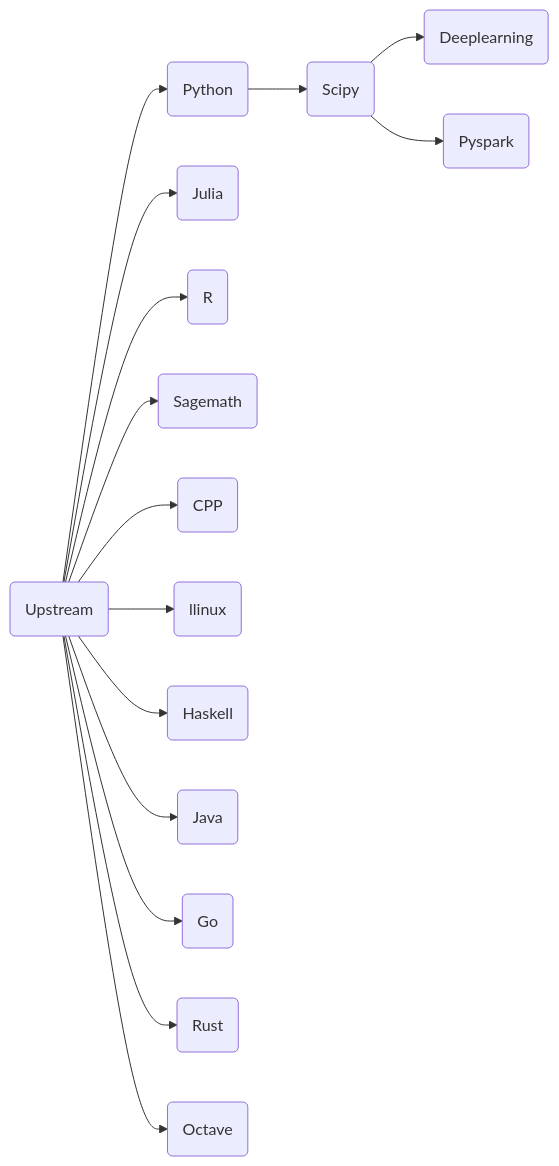
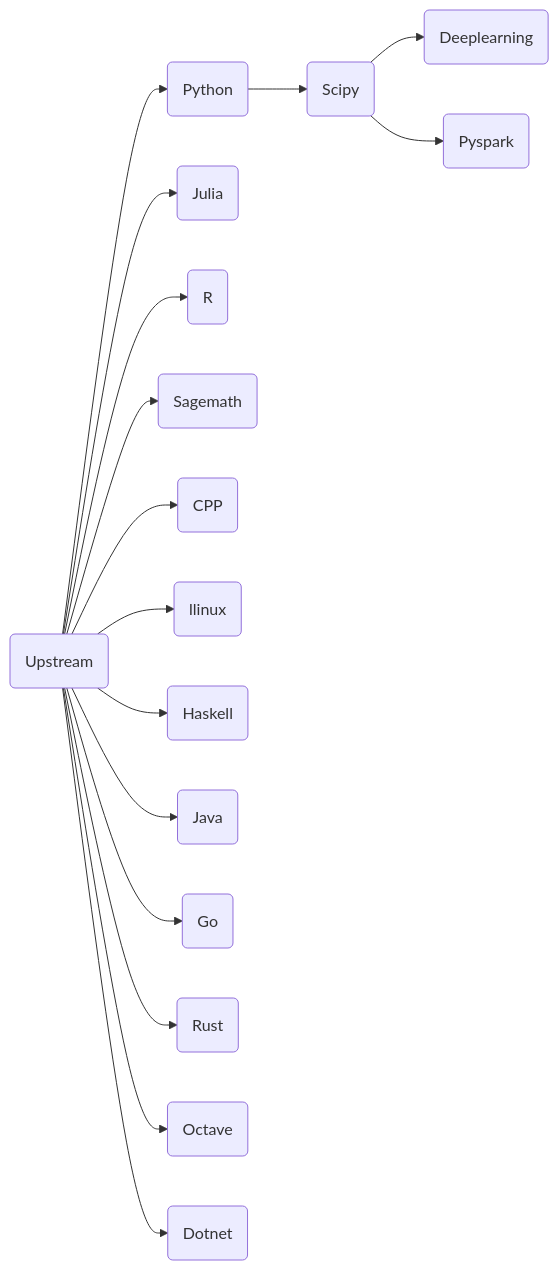
One commit to ben0i0d/jupyter-image-stacks changed the diagram in README.md. Above: the diagram before and after it, drawn with Mermaid.

Commit message:
Update file README.md

````diff
--- a/README.md
+++ b/README.md
@@ -142,16 +142,17 @@
 ```mermaid
 graph LR
 A(Upstream)-->B(Python)-->C(Scipy)
+C(Scipy)-->D(Deeplearning)  
+C(Scipy)-->E(Pyspark)  
 A-->F(Julia)
 A-->G(R)
 A-->H(Sagemath)
 A-->I(CPP)
 A-->J(llinux)
 A-->K(Haskell)
 A-->L(Java)
 A-->M(Go)
 A-->N(Rust)
 A-->O(Octave)
-C(Scipy)-->D(Deeplearning)  
-C(Scipy)-->E(Pyspark)  
+A-->P(Dotnet)
 ```  
````
